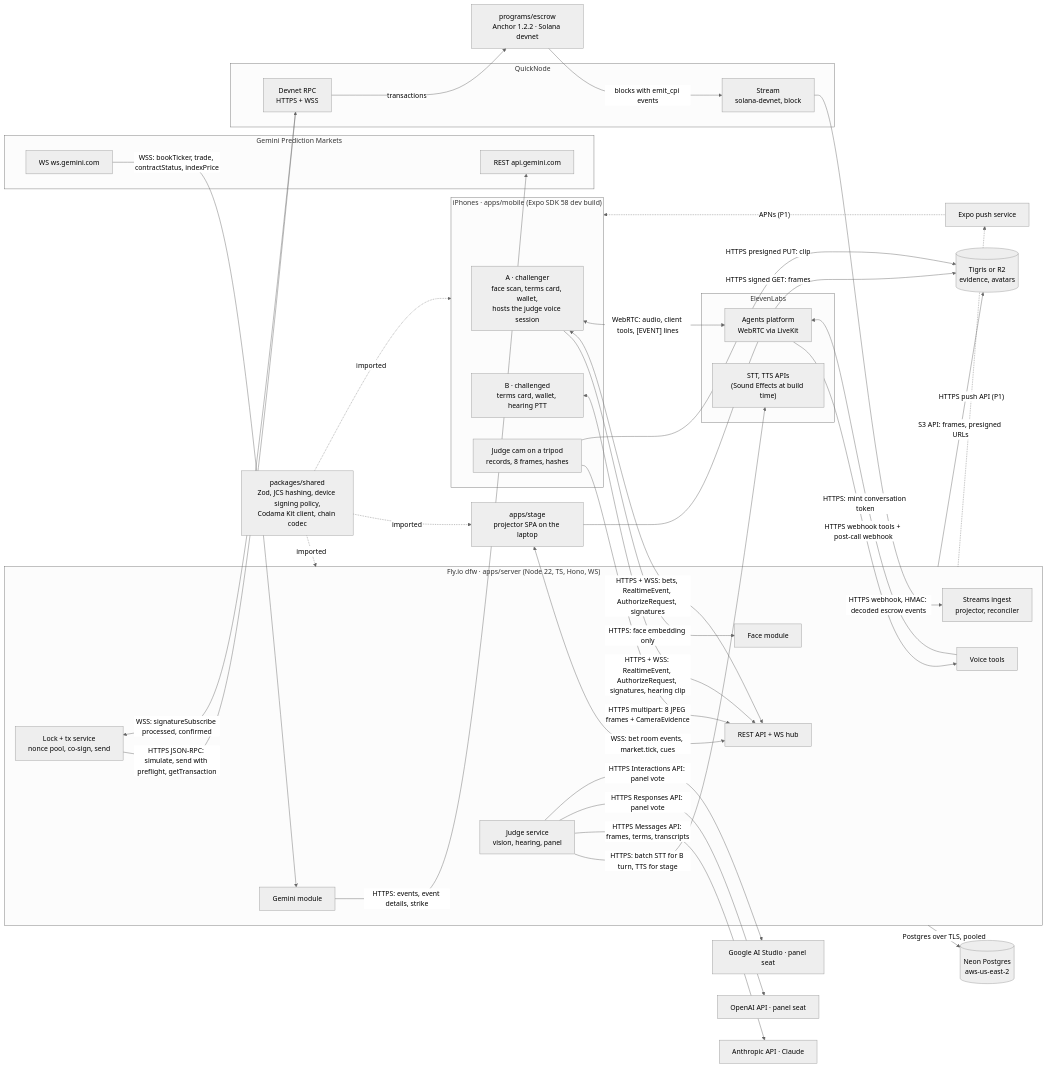
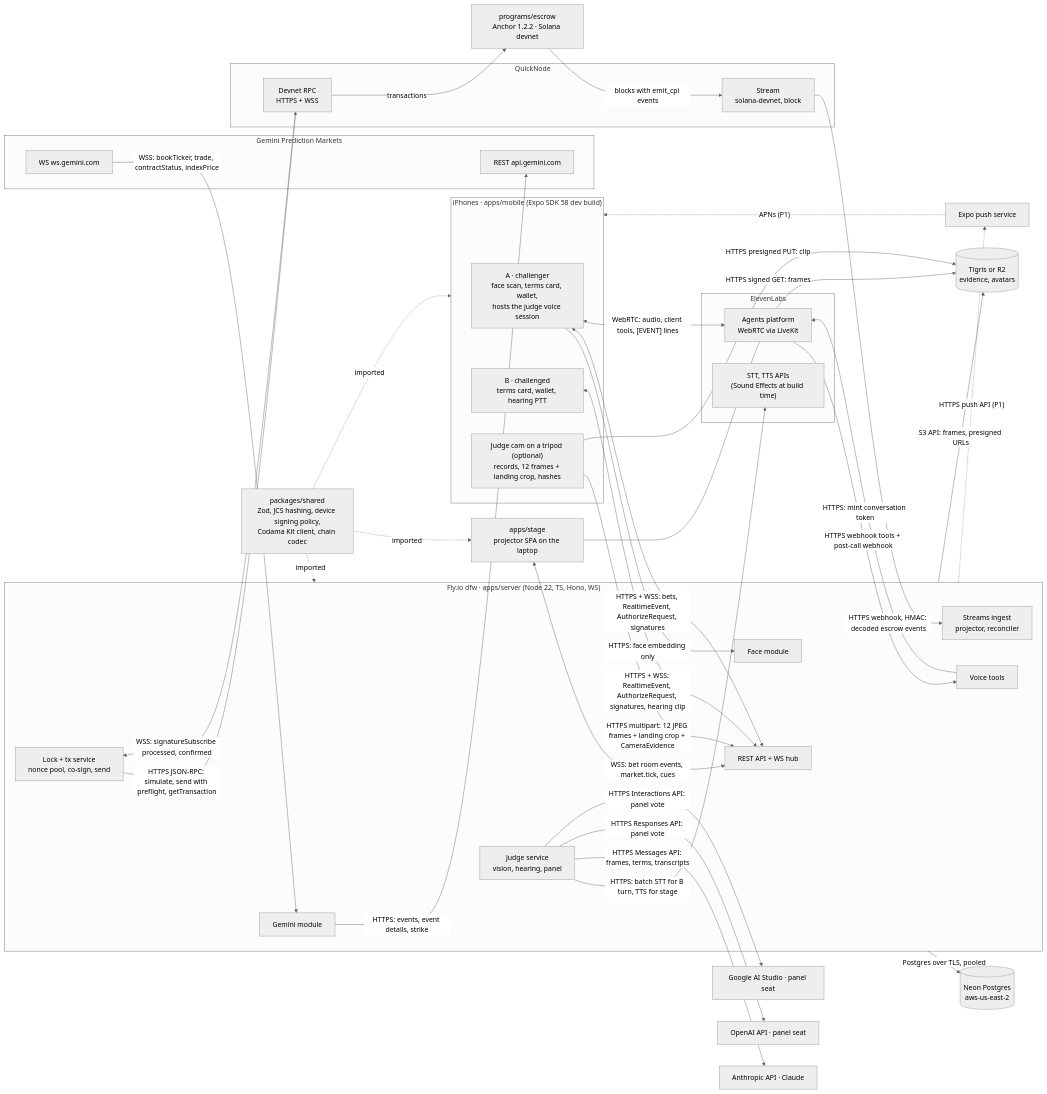
Before and after one commit to AlaricCode/YoureOn: the first of 12 diagrams in docs/planning/ARCHITECTURE.md, drawn with Mermaid (neutral theme). The commit also changed other lines of this file and 6 other files, not shown here.

First line of the commit message:
docs(planning): D10 built (12 frames + the landing crop) and the two-phone recorder

````diff
--- a/docs/planning/ARCHITECTURE.md
+++ b/docs/planning/ARCHITECTURE.md
@@ -33,67 +33,67 @@
 ```mermaid
 flowchart LR
   subgraph PH["iPhones · apps/mobile (Expo SDK 58 dev build)"]
     A["A · challenger<br/>face scan, terms card, wallet,<br/>hosts the judge voice session"]
     B["B · challenged<br/>terms card, wallet, hearing PTT"]
-    JC["Judge cam on a tripod<br/>records, 8 frames, hashes"]
+    JC["Judge cam on a tripod (optional)<br/>records, 12 frames + landing crop, hashes"]
   end
   ST["apps/stage<br/>projector SPA on the laptop"]
   SH["packages/shared<br/>Zod, JCS hashing, device signing policy,<br/>Codama Kit client, chain codec"]
   subgraph FLY["Fly.io dfw · apps/server (Node 22, TS, Hono, WS)"]
     HUB["REST API + WS hub"]
     FACE["Face module"]
     VT["Voice tools"]
     LOCK["Lock + tx service<br/>nonce pool, co-sign, send"]
     PROJ["Streams ingest<br/>projector, reconciler"]
     JUDGE["Judge service<br/>vision, hearing, panel"]
     GEM["Gemini module"]
   end
   subgraph EL["ElevenLabs"]
     AG["Agents platform<br/>WebRTC via LiveKit"]
     SAPI["STT, TTS APIs<br/>(Sound Effects at build time)"]
   end
   ANT["Anthropic API · Claude"]
   OAI["OpenAI API · panel seat"]
   GOO["Google AI Studio · panel seat"]
   subgraph GPM["Gemini Prediction Markets"]
     GR["REST api.gemini.com"]
     GW["WS ws.gemini.com"]
   end
   subgraph QN["QuickNode"]
     RPC["Devnet RPC<br/>HTTPS + WSS"]
     STREAM["Stream<br/>solana-devnet, block"]
   end
   ESC["programs/escrow<br/>Anchor 1.2.2 · Solana devnet"]
   PG[("Neon Postgres<br/>aws-us-east-2")]
   OBJ[("Tigris or R2<br/>evidence, avatars")]
   PUSH["Expo push service"]
 
   A -->|"HTTPS: face embedding only"| FACE
   A <-->|"HTTPS + WSS: bets, RealtimeEvent, AuthorizeRequest, signatures"| HUB
   B <-->|"HTTPS + WSS: RealtimeEvent, AuthorizeRequest, signatures, hearing clip"| HUB
-  JC -->|"HTTPS multipart: 8 JPEG frames + CameraEvidence"| HUB
+  JC -->|"HTTPS multipart: 12 JPEG frames + landing crop + CameraEvidence"| HUB
   JC -->|"HTTPS presigned PUT: clip"| OBJ
   ST <-->|"WSS: bet room events, market.tick, cues"| HUB
   ST -->|"HTTPS signed GET: frames"| OBJ
   A <-->|"WebRTC: audio, client tools, [EVENT] lines"| AG
   AG -->|"HTTPS webhook tools + post-call webhook"| VT
   VT -->|"HTTPS: mint conversation token"| AG
   JUDGE -->|"HTTPS: batch STT for B turn, TTS for stage"| SAPI
   JUDGE -->|"HTTPS Messages API: frames, terms, transcripts"| ANT
   JUDGE -->|"HTTPS Responses API: panel vote"| OAI
   JUDGE -->|"HTTPS Interactions API: panel vote"| GOO
   GEM -->|"HTTPS: events, event details, strike"| GR
   GW -->|"WSS: bookTicker, trade, contractStatus, indexPrice"| GEM
   LOCK -->|"HTTPS JSON-RPC: simulate, send with preflight, getTransaction"| RPC
   RPC -->|"WSS: signatureSubscribe processed, confirmed"| LOCK
   RPC -->|"transactions"| ESC
   ESC -->|"blocks with emit_cpi events"| STREAM
   STREAM -->|"HTTPS webhook, HMAC: decoded escrow events"| PROJ
   FLY -->|"Postgres over TLS, pooled"| PG
   FLY -->|"S3 API: frames, presigned URLs"| OBJ
   FLY -.->|"HTTPS push API (P1)"| PUSH
   PUSH -.->|"APNs (P1)"| PH
   SH -.->|"imported"| PH
   SH -.->|"imported"| ST
   SH -.->|"imported"| FLY
 ```
````
